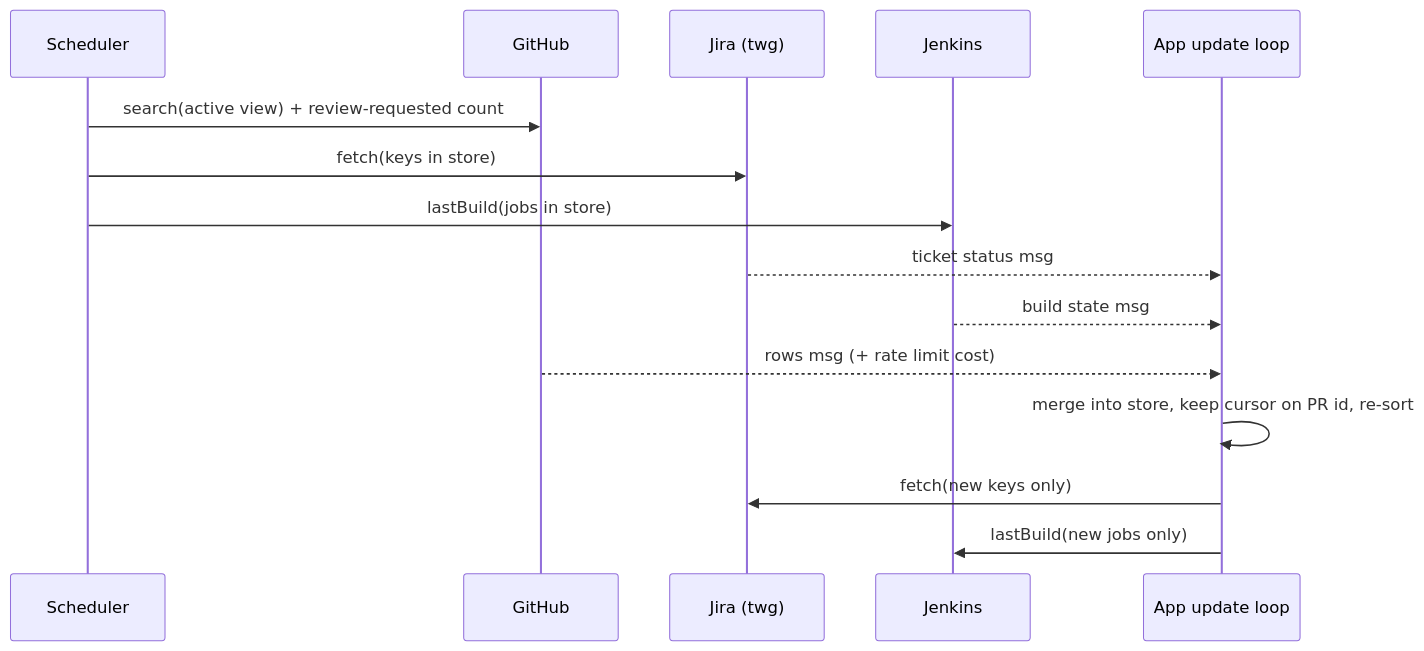
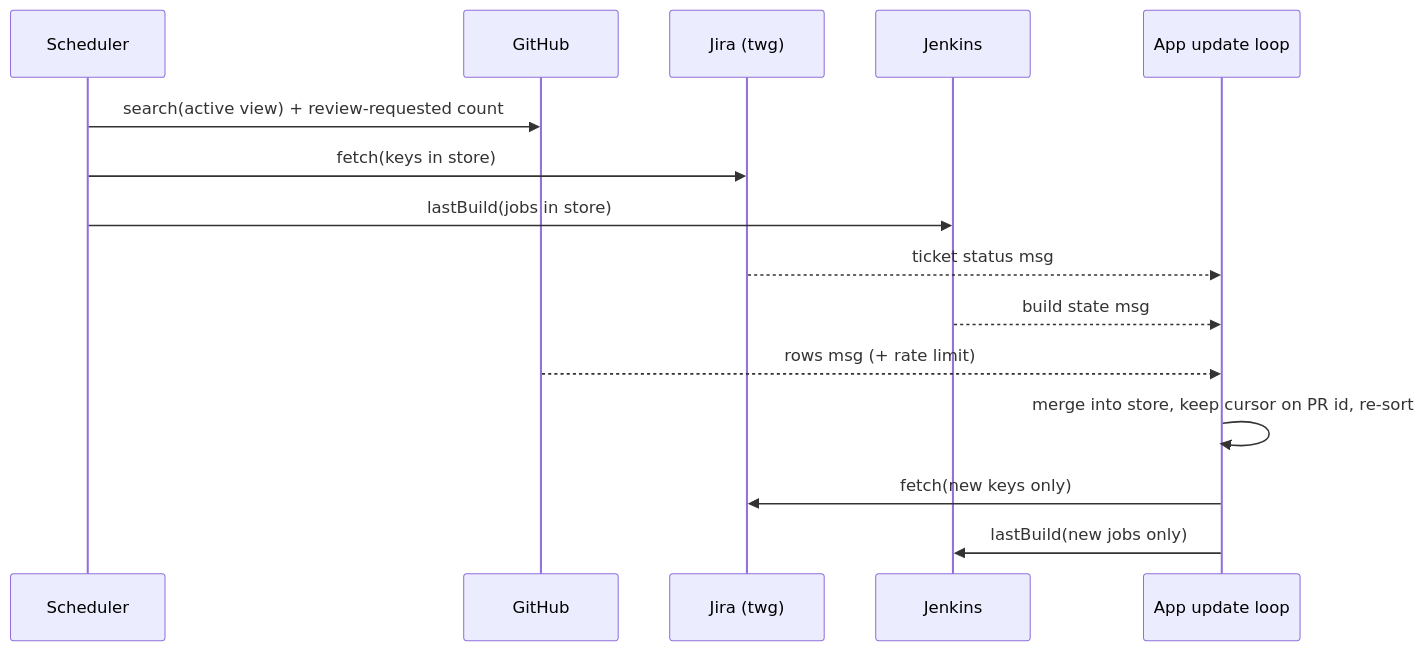
The third of 3 diagrams in docs/architecture.md (go-dima/ghtop), drawn with Mermaid before and after one commit. The commit also changed other lines of this file and 16 other files, not shown here.

````diff
--- a/docs/architecture.md
+++ b/docs/architecture.md
@@ -111,17 +124,17 @@
 ```mermaid
 sequenceDiagram
   participant S as Scheduler
   participant G as GitHub
   participant J as Jira (twg)
   participant K as Jenkins
   participant A as App update loop
   S->>G: search(active view) + review-requested count
   S->>J: fetch(keys in store)
   S->>K: lastBuild(jobs in store)
   J-->>A: ticket status msg
   K-->>A: build state msg
-  G-->>A: rows msg (+ rate limit cost)
+  G-->>A: rows msg (+ rate limit)
   A->>A: merge into store, keep cursor on PR id, re-sort
   A->>J: fetch(new keys only)
   A->>K: lastBuild(new jobs only)
 ```
````
